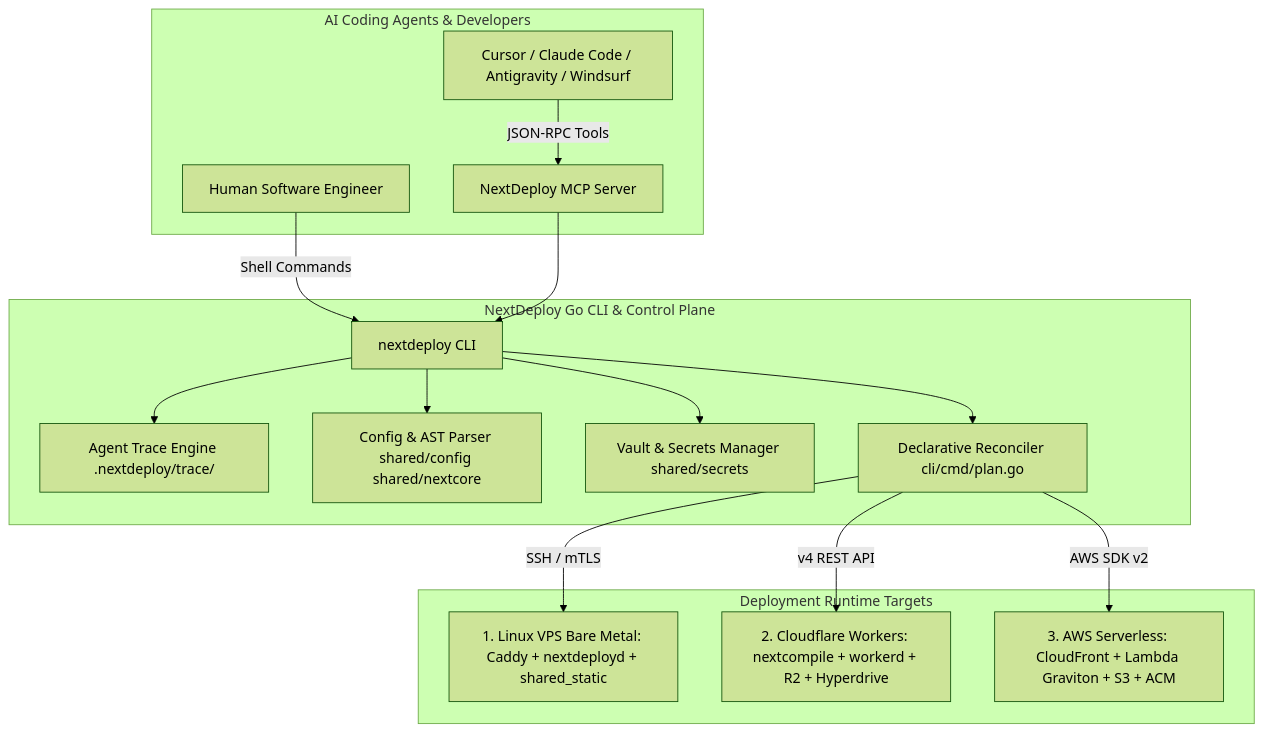
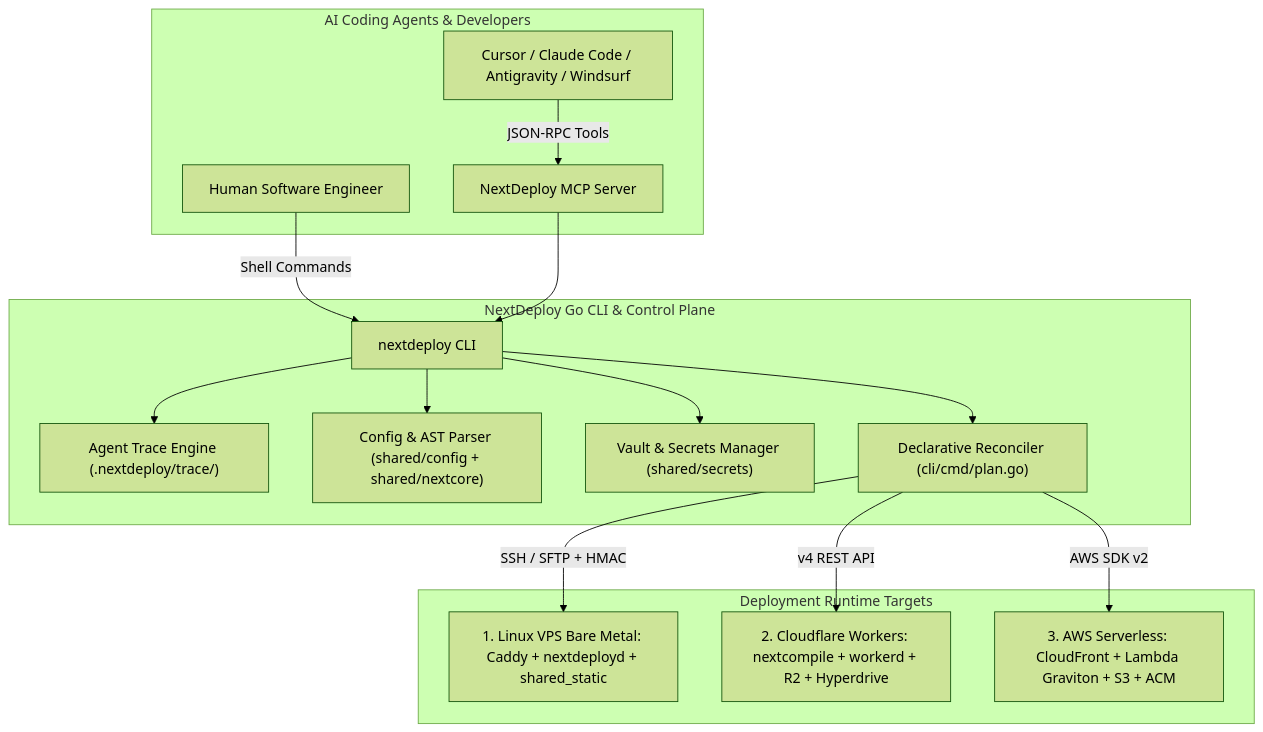
One commit to aynaash/NextDeploy changed the diagram in frontend/content/docs/concepts/architecture.md. Above: the diagram before and after it, drawn with Mermaid (forest theme). The commit also changed 53 other files, not shown here.

First line of the commit message:
feat(frontend): redesign responsive landing page, fix docs diagrams and KV guard config

````diff
--- a/frontend/content/docs/concepts/architecture.md
+++ b/frontend/content/docs/concepts/architecture.md
@@ -23,33 +23,33 @@
 ```mermaid
 flowchart TD
     subgraph Agentic ["AI Coding Agents & Developers"]
-        Agent[Cursor / Claude Code / Antigravity / Windsurf]
-        Human[Human Software Engineer]
-        MCP[NextDeploy MCP Server]
+        Agent["Cursor / Claude Code / Antigravity / Windsurf"]
+        Human["Human Software Engineer"]
+        MCP["NextDeploy MCP Server"]
     end
 
     subgraph CoreEngine ["NextDeploy Go CLI & Control Plane"]
-        CLI[nextdeploy CLI]
-        Trace[Agent Trace Engine .nextdeploy/trace/]
-        Config[Config & AST Parser shared/config shared/nextcore]
-        Secrets[Vault & Secrets Manager shared/secrets]
-        Reconcile[Declarative Reconciler cli/cmd/plan.go]
+        CLI["nextdeploy CLI"]
+        Trace["Agent Trace Engine (.nextdeploy/trace/)"]
+        Config["Config & AST Parser (shared/config + shared/nextcore)"]
+        Secrets["Vault & Secrets Manager (shared/secrets)"]
+        Reconcile["Declarative Reconciler (cli/cmd/plan.go)"]
     end
 
     subgraph Targets ["Deployment Runtime Targets"]
-        VPS[1. Linux VPS Bare Metal: Caddy + nextdeployd + shared_static]
-        CF[2. Cloudflare Workers: nextcompile + workerd + R2 + Hyperdrive]
-        AWS[3. AWS Serverless: CloudFront + Lambda Graviton + S3 + ACM]
+        VPS["1. Linux VPS Bare Metal: Caddy + nextdeployd + shared_static"]
+        CF["2. Cloudflare Workers: nextcompile + workerd + R2 + Hyperdrive"]
+        AWS["3. AWS Serverless: CloudFront + Lambda Graviton + S3 + ACM"]
     end
 
-    Agent -->|JSON-RPC Tools| MCP
-    Human -->|Shell Commands| CLI
+    Agent -->|"JSON-RPC Tools"| MCP
+    Human -->|"Shell Commands"| CLI
     MCP --> CLI
     CLI --> Trace
     CLI --> Config
     CLI --> Secrets
     CLI --> Reconcile
-    Reconcile -->|SSH / mTLS| VPS
-    Reconcile -->|v4 REST API| CF
-    Reconcile -->|AWS SDK v2| AWS
+    Reconcile -->|"SSH / SFTP + HMAC"| VPS
+    Reconcile -->|"v4 REST API"| CF
+    Reconcile -->|"AWS SDK v2"| AWS
 ```
````
